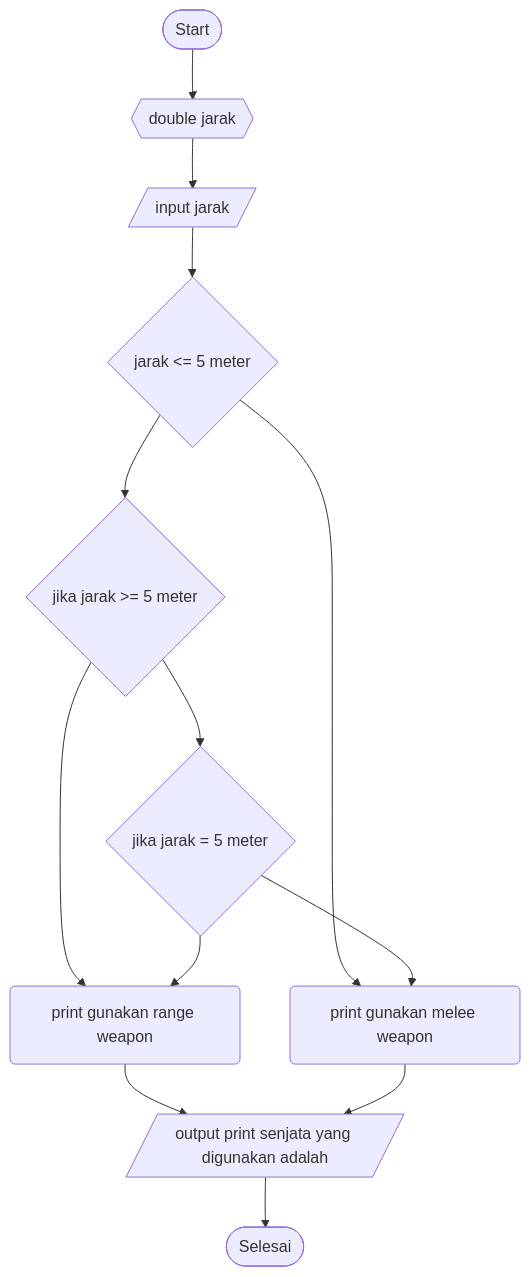
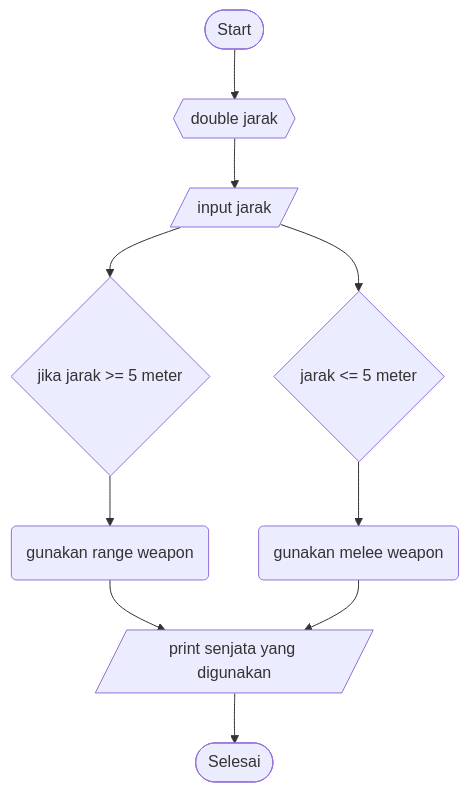
The diagram in JustForFun.md (SATRIODIANNUGROHO/Sample2.1), drawn with Mermaid before and after one commit.

````diff
--- a/JustForFun.md
+++ b/JustForFun.md
@@ -3,15 +3,13 @@
 ```mermaid
 graph TD;
-    A([Start])-->B{{double jarak}};
-    B{{double jarak}}-->C[/input jarak/];
-    C[/input jarak/]-->D{jarak kurang dari 5 meter};
-    D{jarak <= 5 meter}-->E(print gunakan melee weapon);
-    D{jarak <= 5 meter}-->F{jika jarak >= 5 meter};
-    F{jika jarak >= 5 meter}-->G(print gunakan range weapon);
-    F{jika jarak >= 5 meter}-->J{jika jarak = 5 meter};
-    J{jika jarak = 5 meter}-->E(print gunakan melee weapon);
-    J{jika jarak = 5 meter}-->G(print gunakan range weapon);
-    G(print gunakan range weapon)-->H[/output print senjata yang digunakan adalah/];
-    E(print gunakan melee weapon)-->H[/output print senjata yang digunakan adalah/];
-    H[/output print senjata yang digunakan adalah/]-->I([Selesai]);
+    1([Start])-->2{{double jarak}};
+    2{{double jarak}}-->3[/input jarak/];
+    3[/input jarak/]-->4{jika jarak >= 5 meter};
+    3[/input jarak/]-->6{jarak <= 5 meter};
+    4{jika jarak >= 5 meter}-->7(gunakan range weapon);
+    6{jarak <= 5 meter}-->8(gunakan melee weapon);
+    7(gunakan range weapon)-->9[/output print senjata yang digunakan/];
+    8(gunakan melee weapon)-->9[/output print senjata yang digunakan/];
+    9[/print senjata yang digunakan/]-->10([Selesai]);
+
 ```
````
